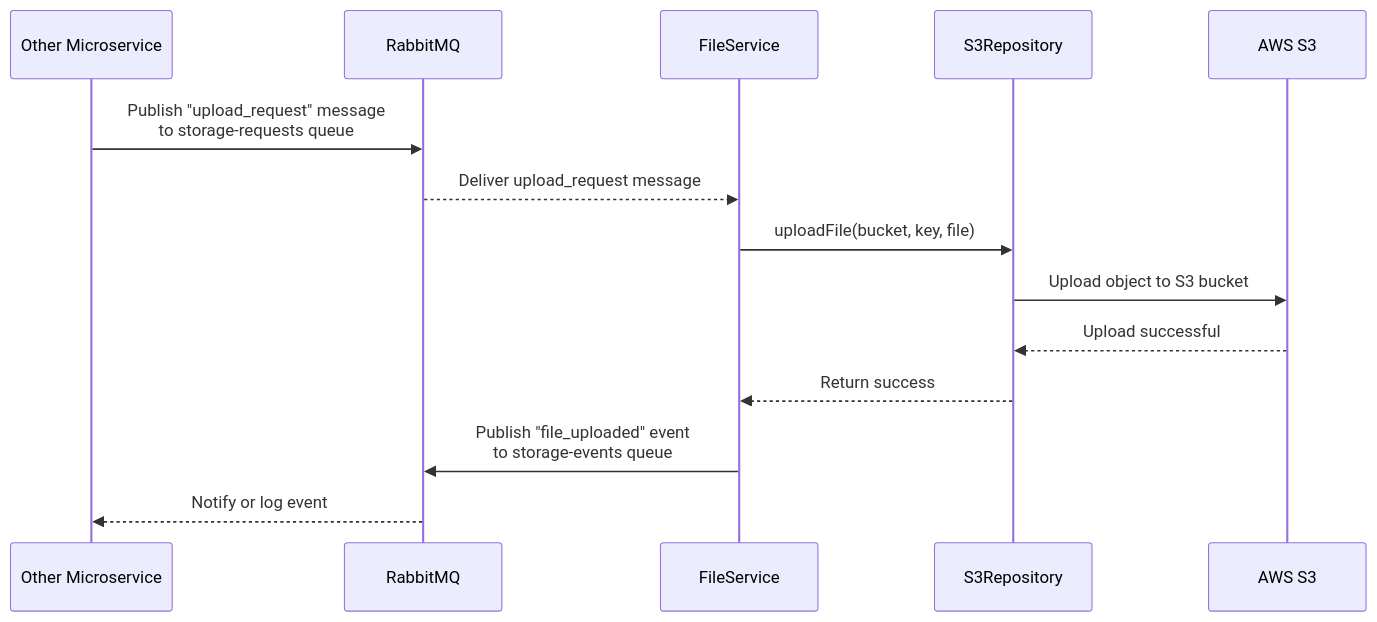
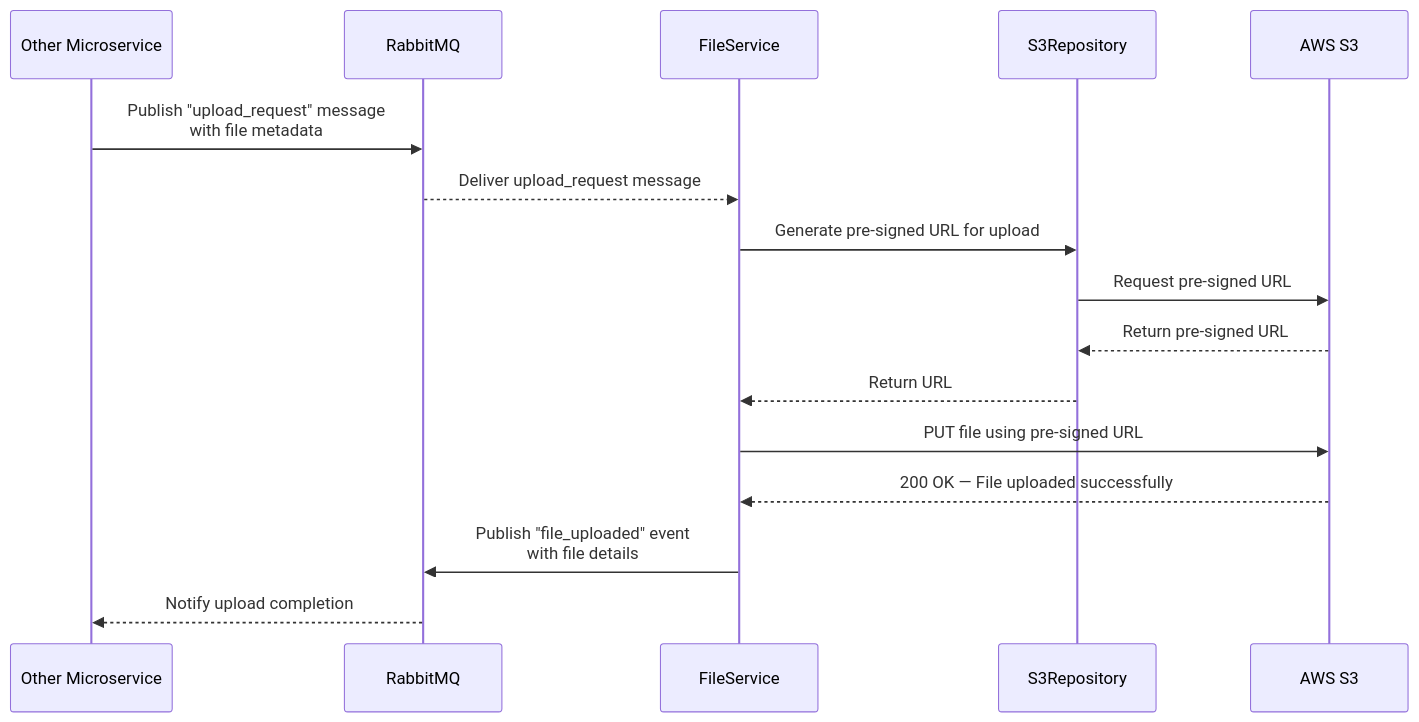
Before and after one commit to MmagdyHafezZ/pitch: the diagram in docs/architecture/SequenceDiagrams/S3-Manager/sequence-diagram_AsyncFileUpload.mmd, drawn with Mermaid. The commit also changed 3 other files, not shown here.

Commit message:
docs(SCRUM-81): updated sequence diagrams

```diff
--- a/docs/architecture/SequenceDiagrams/S3-Manager/sequence-diagram_AsyncFileUpload.mmd
+++ b/docs/architecture/SequenceDiagrams/S3-Manager/sequence-diagram_AsyncFileUpload.mmd
@@ -1,20 +1,24 @@
 sequenceDiagram
     participant ProducerService as Other Microservice
     participant RabbitMQ
     participant FileService
     participant S3Repository
     participant AWSS3 as AWS S3
 
-    %% Step 1: Event Trigger
-    ProducerService->>RabbitMQ: Publish "upload_request" message<br/>to storage-requests queue
+    %% Step 1: Upload request event
+    ProducerService->>RabbitMQ: Publish "upload_request" message<br/>with file metadata
+    RabbitMQ-->>FileService: Deliver upload_request message
 
-    %% Step 2: FileService consumes event
-    RabbitMQ-->>FileService: Deliver upload_request message
-    FileService->>S3Repository: uploadFile(bucket, key, file)
-    S3Repository->>AWSS3: Upload object to S3 bucket
-    AWSS3-->>S3Repository: Upload successful
-    S3Repository-->>FileService: Return success
+    %% Step 2: Generate pre-signed upload URL
+    FileService->>S3Repository: Generate pre-signed URL for upload
+    S3Repository->>AWSS3: Request pre-signed URL
+    AWSS3-->>S3Repository: Return pre-signed URL
+    S3Repository-->>FileService: Return URL
 
-    %% Step 3: Publish completion event
-    FileService->>RabbitMQ: Publish "file_uploaded" event<br/>to storage-events queue
-    RabbitMQ-->>ProducerService: Notify or log event
+    %% Step 3: Perform upload
+    FileService->>AWSS3: PUT file using pre-signed URL
+    AWSS3-->>FileService: 200 OK — File uploaded successfully
+
+    %% Step 4: Publish completion event
+    FileService->>RabbitMQ: Publish "file_uploaded" event<br/>with file details
+    RabbitMQ-->>ProducerService: Notify upload completion
```
